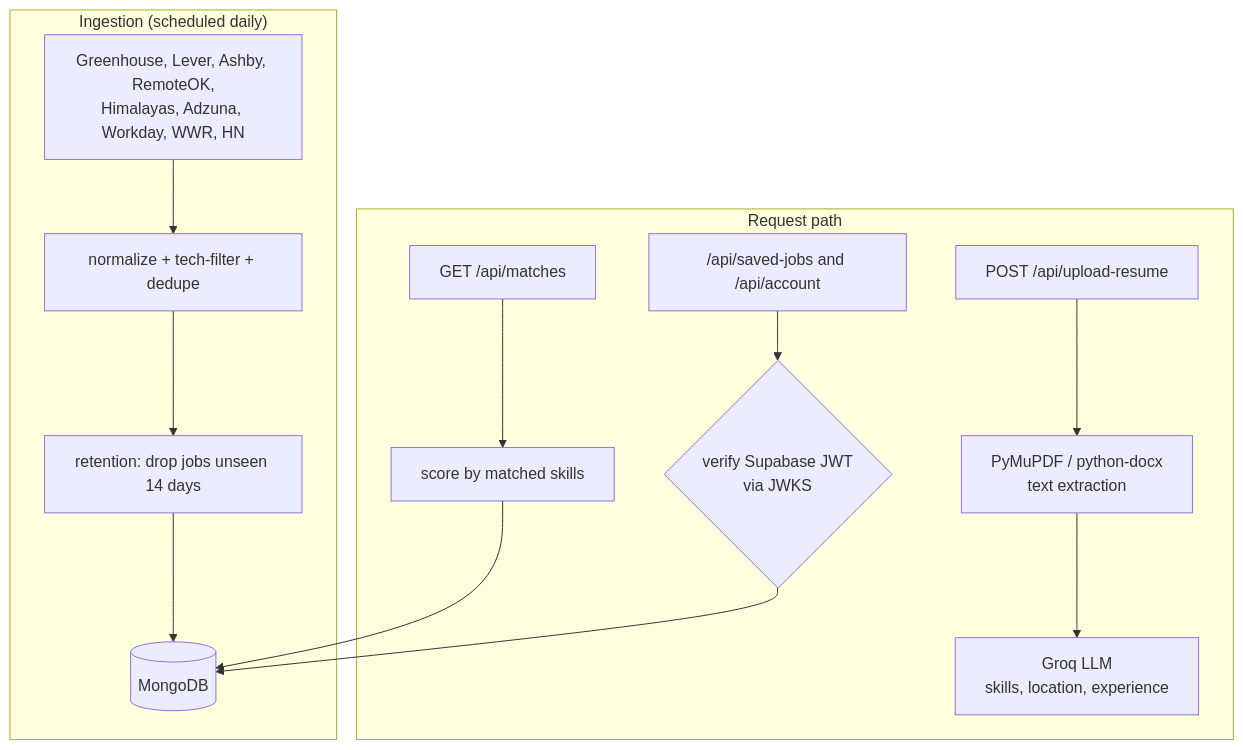
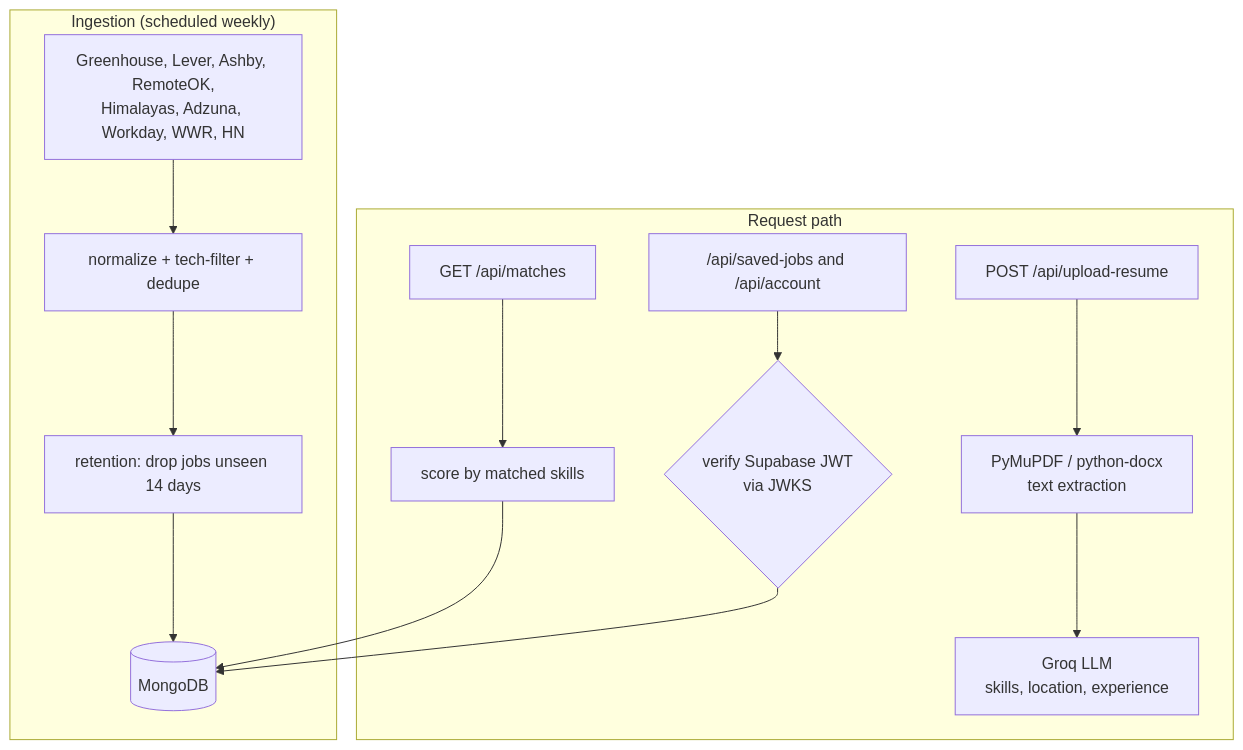
One commit to whofy/whofy-api changed the diagram in README.md. Above: the diagram before and after it, drawn with Mermaid. The commit also changed other lines of this file and 3 other files, not shown here.

````diff
--- a/README.md
+++ b/README.md
@@ -32,14 +32,14 @@
 ```mermaid
 flowchart TB
-    subgraph ingest ["Ingestion (scheduled daily)"]
+    subgraph ingest ["Ingestion (scheduled weekly)"]
       SRC["Greenhouse, Lever, Ashby, RemoteOK,<br/>Himalayas, Adzuna, Workday, WWR, HN"] --> NORM["normalize + tech-filter + dedupe"]
       NORM --> RET["retention: drop jobs unseen 14 days"]
       RET --> DB[("MongoDB")]
     end
 
     subgraph req ["Request path"]
       UP["POST /api/upload-resume"] --> EXTRACT["PyMuPDF / python-docx<br/>text extraction"] --> LLM["Groq LLM<br/>skills, location, experience"]
       MATCH["GET /api/matches"] --> SCORE["score by matched skills"] --> DB
       SAVE["/api/saved-jobs and /api/account"] --> AUTH{"verify Supabase JWT<br/>via JWKS"} --> DB
     end
 ```
````
